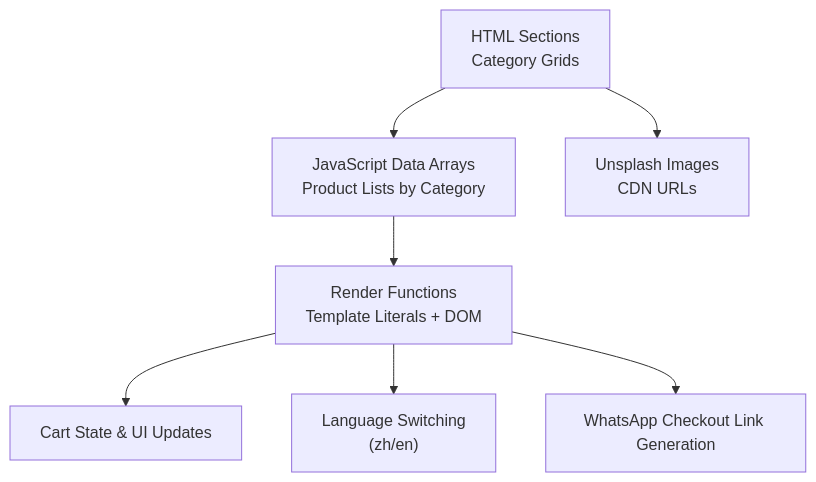
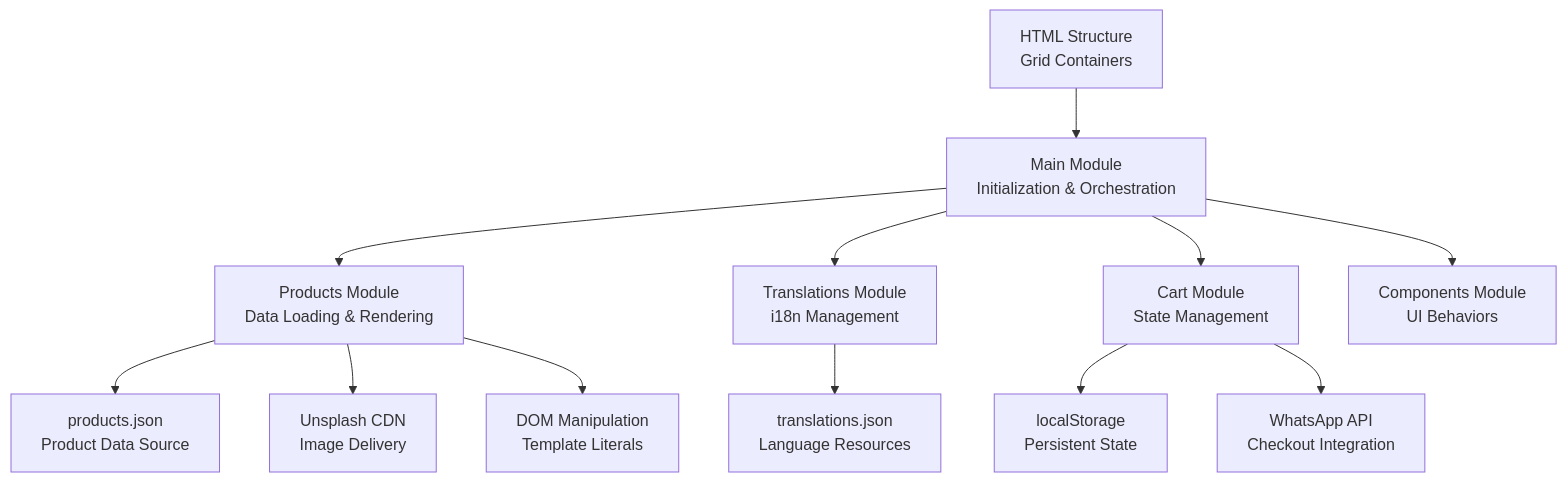
The first of 6 diagrams in .qoder/repowiki/en/content/Product Management System/Product Management System.md (queenflowerhk/queenflowerhk.github.io), drawn with Mermaid before and after one commit. The commit also changed other lines of this file and 36 other files, not shown here.

````diff
--- a/.qoder/repowiki/en/content/Product Management System/Product Management System.md
+++ b/.qoder/repowiki/en/content/Product Management System/Product Management System.md
@@ -28,9 +48,15 @@
 ```mermaid
 graph TB
-A["HTML Sections<br/>Category Grids"] --> B["JavaScript Data Arrays<br/>Product Lists by Category"]
-B --> C["Render Functions<br/>Template Literals + DOM"]
-C --> D["Cart State & UI Updates"]
-C --> E["Language Switching<br/>(zh/en)"]
-C --> F["WhatsApp Checkout Link Generation"]
-A --> G["Unsplash Images<br/>CDN URLs"]
+A["HTML Structure<br/>Grid Containers"] --> B["Main Module<br/>Initialization & Orchestration"]
+B --> C["Products Module<br/>Data Loading & Rendering"]
+B --> D["Translations Module<br/>i18n Management"]
+B --> E["Cart Module<br/>State Management"]
+B --> F["Components Module<br/>UI Behaviors"]
+C --> G["products.json<br/>Product Data Source"]
+C --> H["Unsplash CDN<br/>Image Delivery"]
+D --> I["translations.json<br/>Language Resources"]
+E --> J["localStorage<br/>Persistent State"]
+K["WhatsApp API<br/>Checkout Integration"]
+C --> L["DOM Manipulation<br/>Template Literals"]
+E --> K
 ```
````
